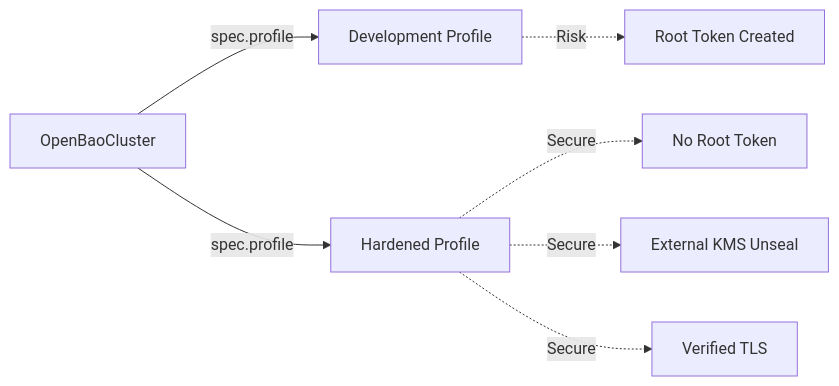
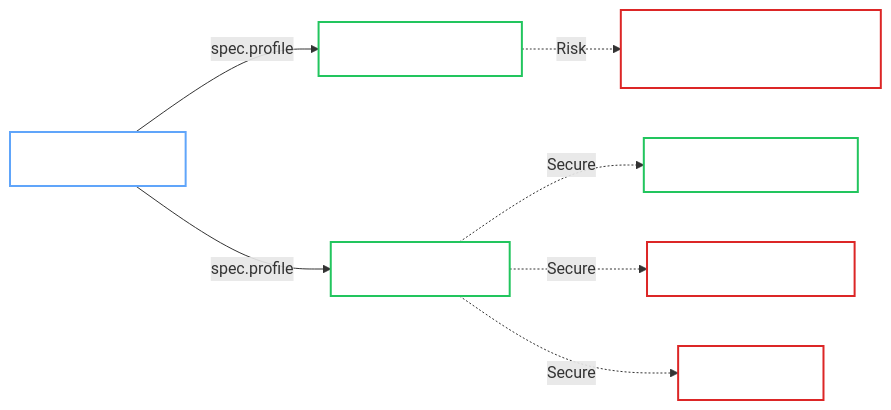
The diagram in docs/user-guide/openbaocluster/configuration/security-profiles.md (dc-tec/openbao-operator), drawn with Mermaid before and after one commit. The commit also changed other lines of this file and 48 other files, not shown here.

````diff
--- a/docs/user-guide/openbaocluster/configuration/security-profiles.md
+++ b/docs/user-guide/openbaocluster/configuration/security-profiles.md
@@ -20,14 +20,23 @@
 ```mermaid
 flowchart LR
     Cluster["OpenBaoCluster"]
     Dev["Development Profile"]
     Hard["Hardened Profile"]
 
     Cluster -->|spec.profile| Dev
     Cluster -->|spec.profile| Hard
 
-    Dev -.->|Risk| RootToken[Root Token Created]
-    Hard -.->|Secure| NoRoot[No Root Token]
+    Dev -.->|Risk| RootToken["Root Token Secret (if self-init disabled)"]
+    Hard -.->|Secure| NoRoot[No Root Token Secret]
     Hard -.->|Secure| KMS[External KMS Unseal]
     Hard -.->|Secure| EXT_TLS[Verified TLS]
+
+    classDef read fill:transparent,stroke:#60a5fa,stroke-width:2px,color:#fff;
+    classDef write fill:transparent,stroke:#22c55e,stroke-width:2px,color:#fff;
+    classDef security fill:transparent,stroke:#dc2626,stroke-width:2px,color:#fff;
+
+    class Cluster read;
+    class Dev,Hard write;
+    class RootToken,KMS,EXT_TLS security;
+    class NoRoot write;
 ```
````
